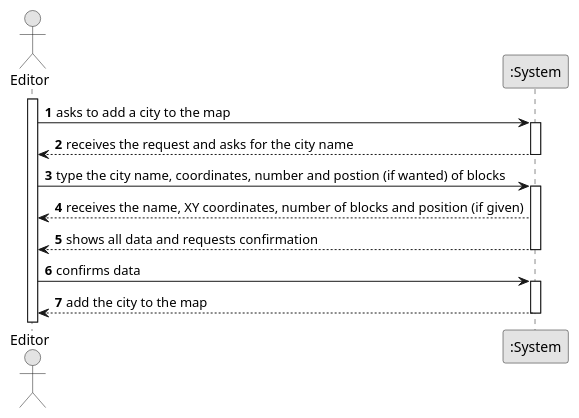
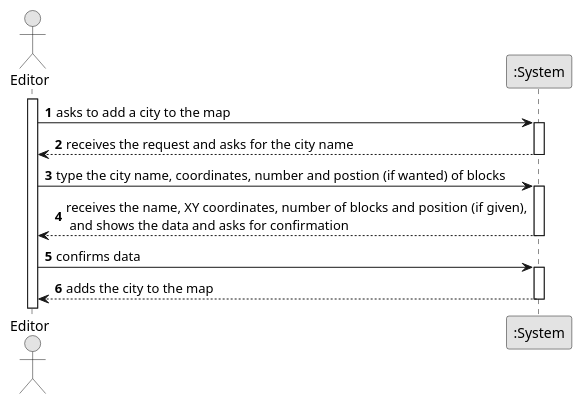
The diagram in docsFinais/US003/01.requirements-engineering/puml/US003-SSD.puml (1240935/pi2-railway-simulator), drawn with PlantUML before and after one commit. The commit also changed 31 other files, not shown here.

```diff
--- a/docsFinais/US003/01.requirements-engineering/puml/US003-SSD.puml
+++ b/docsFinais/US003/01.requirements-engineering/puml/US003-SSD.puml
@@ -1,32 +1,31 @@
 @startuml
 skinparam monochrome true
 skinparam packageStyle rectangle
 skinparam shadowing false
 
 autonumber
 
 actor "Editor" as Employee
 participant ":System" as System
 
 activate Employee
 
     Employee -> System : asks to add a city to the map
     activate System
 
         System --> Employee : receives the request and asks for the city name
     deactivate
 
      Employee -> System : type the city name, coordinates, number and postion (if wanted) of blocks
         activate System
 
-    System --> Employee : receives the name, XY coordinates, number of blocks and position (if given)
+    System --> Employee : receives the name, XY coordinates, number of blocks and position (if given),\n and shows the data and asks for confirmation
 
-        System --> Employee : shows all data and requests confirmation
     deactivate System
 
     Employee -> System : confirms data
     activate System
 
-        System --> Employee : add the city to the map
+        System --> Employee : adds the city to the map
     deactivate System
 @enduml
```
